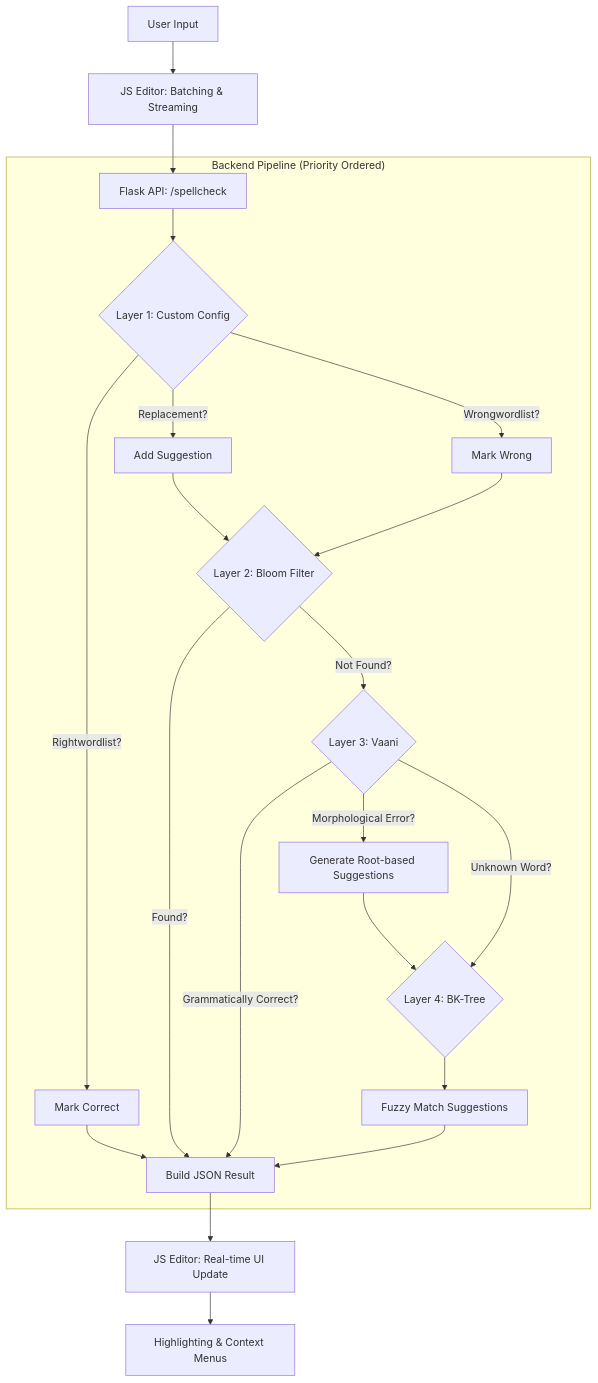
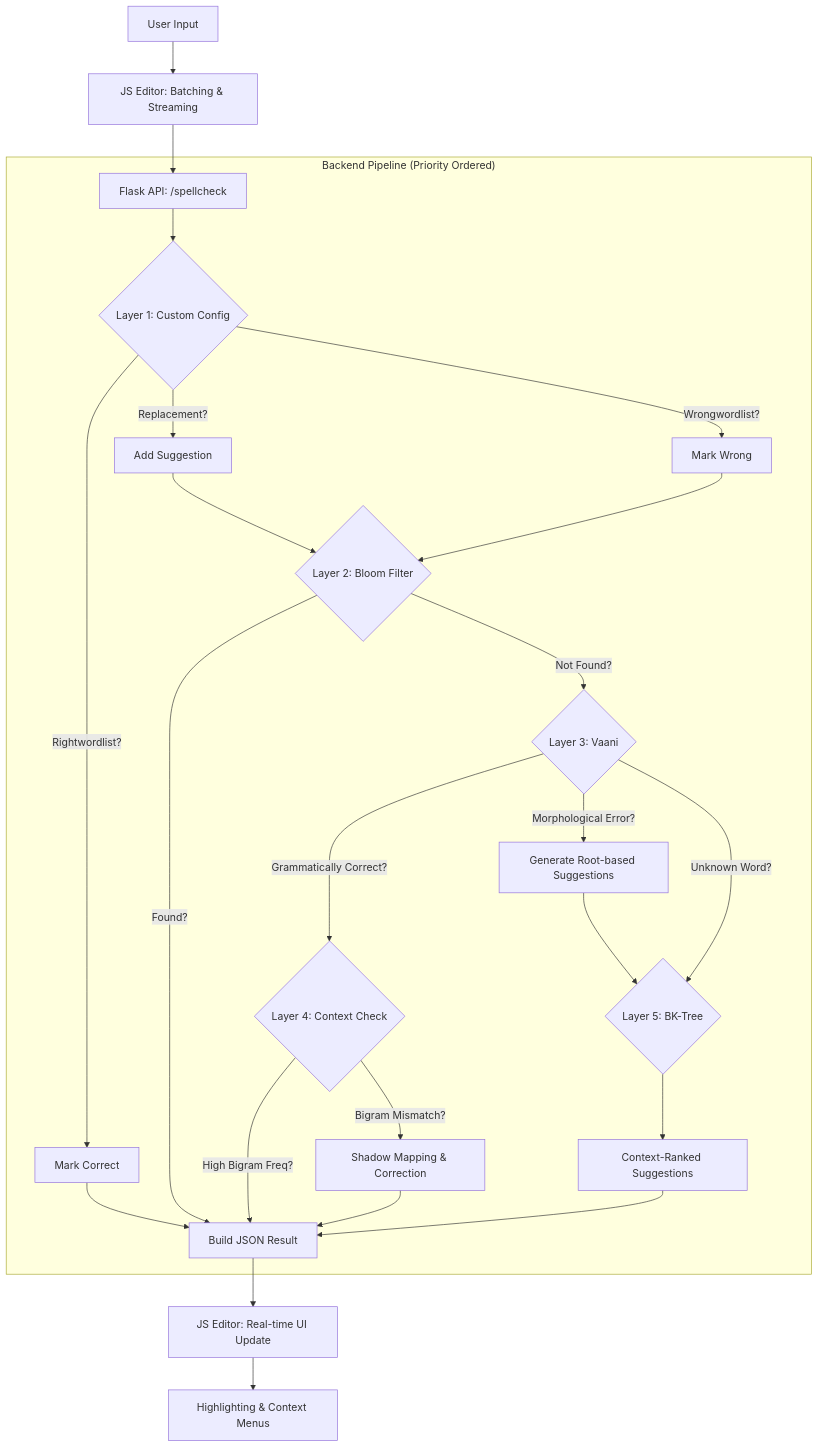
The diagram in iyal_tamil_spellchecker/docs/architecture.md (KaniyamFoundation/iyal-tamil-spellchecker), drawn with Mermaid before and after one commit. The commit also changed other lines of this file and 23 other files, not shown here.

````diff
--- a/iyal_tamil_spellchecker/docs/architecture.md
+++ b/iyal_tamil_spellchecker/docs/architecture.md
@@ -33,32 +35,37 @@
 ```mermaid
 graph TD
     A[User Input] --> B[JS Editor: Batching & Streaming]
     B --> C[Flask API: /spellcheck]
     
     subgraph "Backend Pipeline (Priority Ordered)"
     C --> E{Layer 1: Custom Config}
     
     E -- "Wrongwordlist?" --> E1[Mark Wrong]
     E -- "Rightwordlist?" --> E2[Mark Correct]
     E -- "Replacement?" --> E3[Add Suggestion]
     
     E3 --> F
     E2 --> Final[Build JSON Result]
     E1 --> F
     
     F{Layer 2: Bloom Filter}
     F -- "Found?" --> Final
     F -- "Not Found?" --> G{Layer 3: Vaani}
     
-    G -- "Grammatically Correct?" --> Final
+    G -- "Grammatically Correct?" --> G_Context{Layer 4: Context Check}
+    G_Context -- "High Bigram Freq?" --> Final
+    G_Context -- "Bigram Mismatch?" --> G_Grammar[Shadow Mapping & Correction]
+    
+    G_Grammar --> Final
+    
     G -- "Morphological Error?" --> G1[Generate Root-based Suggestions]
     
-    G1 --> H{Layer 4: BK-Tree}
+    G1 --> H{Layer 5: BK-Tree}
     G -- "Unknown Word?" --> H
-    H --> H1[Fuzzy Match Suggestions]
+    H --> H1[Context-Ranked Suggestions]
     H1 --> Final
     end
     
     Final --> I[JS Editor: Real-time UI Update]
     I --> J[Highlighting & Context Menus]
 ```
````
